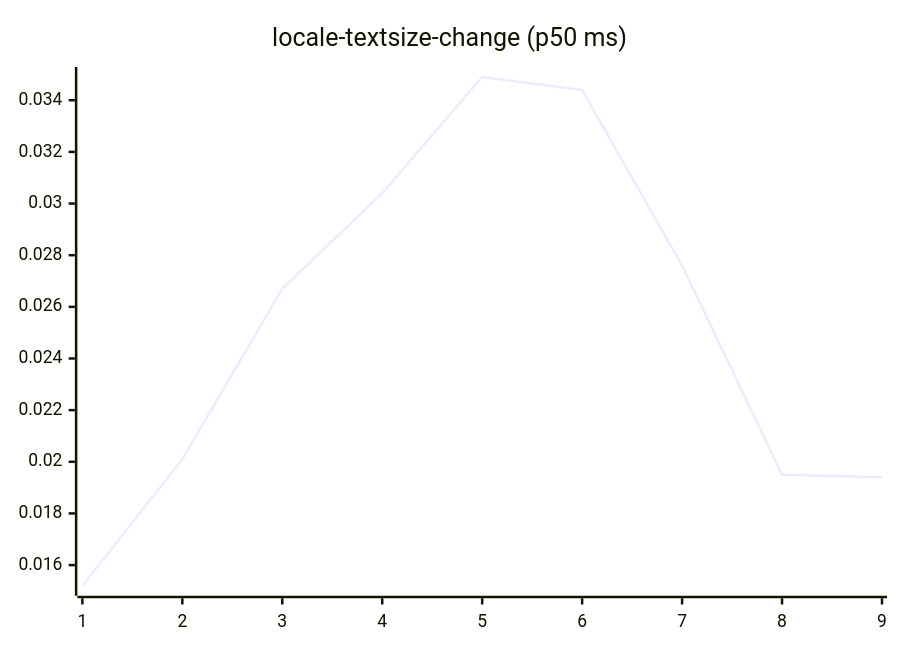
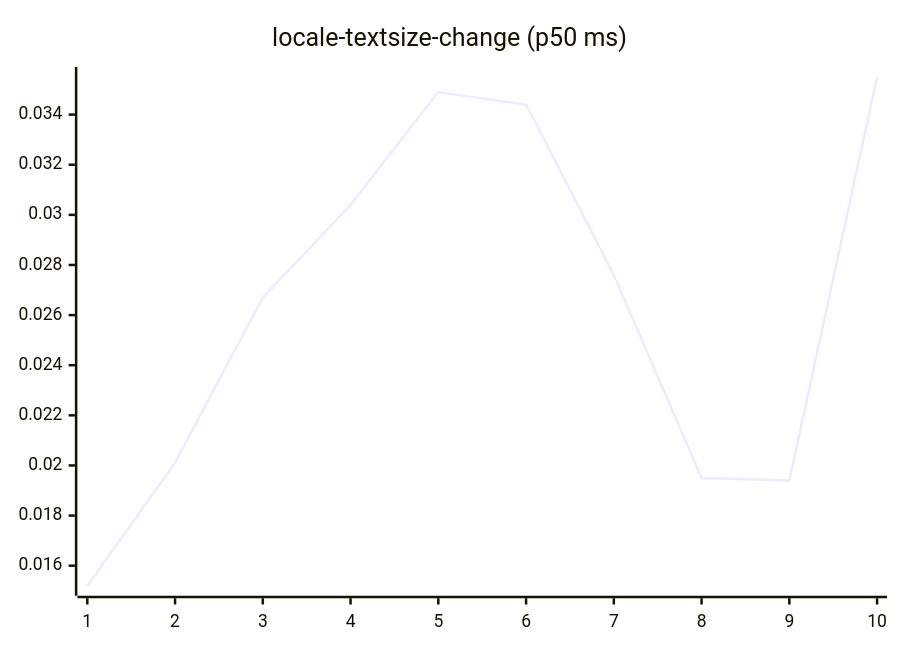
Diagram 13 of 27 in README.md (josha/Facet), drawn with Mermaid before and after one commit. The commit also changed other lines of this file and 2 other files, not shown here.

````diff
--- a/README.md
+++ b/README.md
@@ -147,6 +147,6 @@
 ```mermaid
 xychart-beta
     title "locale-textsize-change (p50 ms)"
-    x-axis 1 --> 9
-    line [0.0152, 0.0201, 0.0267, 0.0304, 0.0349, 0.0344, 0.0276, 0.0195, 0.0194]
+    x-axis 1 --> 10
+    line [0.0152, 0.0201, 0.0267, 0.0304, 0.0349, 0.0344, 0.0276, 0.0195, 0.0194, 0.0355]
 ```
````
